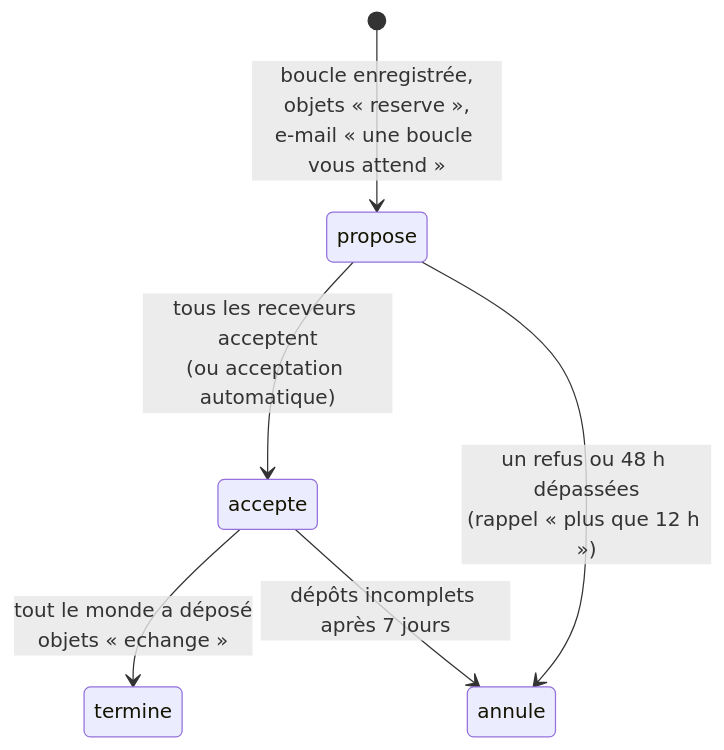
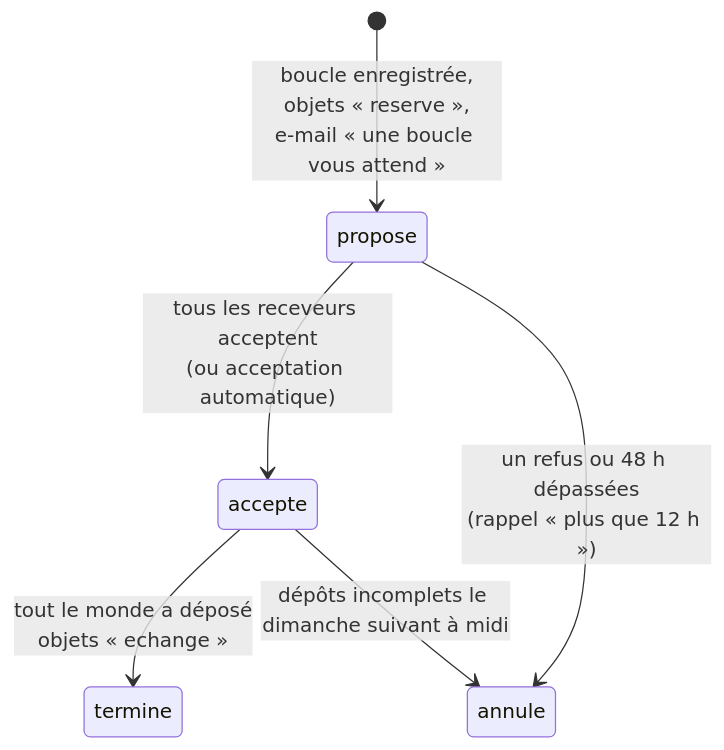
The second of 2 diagrams in docs/01-architecture.md (benchamply-cmyk/montroc), drawn with Mermaid before and after one commit. The commit also changed other lines of this file and 21 other files, not shown here.

````diff
--- a/docs/01-architecture.md
+++ b/docs/01-architecture.md
@@ -63,8 +63,8 @@
 ```mermaid
 stateDiagram-v2
     [*] --> propose: boucle enregistrée,<br/>objets « reserve »,<br/>e-mail « une boucle vous attend »
     propose --> accepte: tous les receveurs acceptent<br/>(ou acceptation automatique)
     propose --> annule: un refus ou 48 h dépassées<br/>(rappel « plus que 12 h »)
     accepte --> termine: tout le monde a déposé<br/>objets « echange »
-    accepte --> annule: dépôts incomplets après 7 jours
+    accepte --> annule: dépôts incomplets le dimanche suivant à midi
 ```
````
